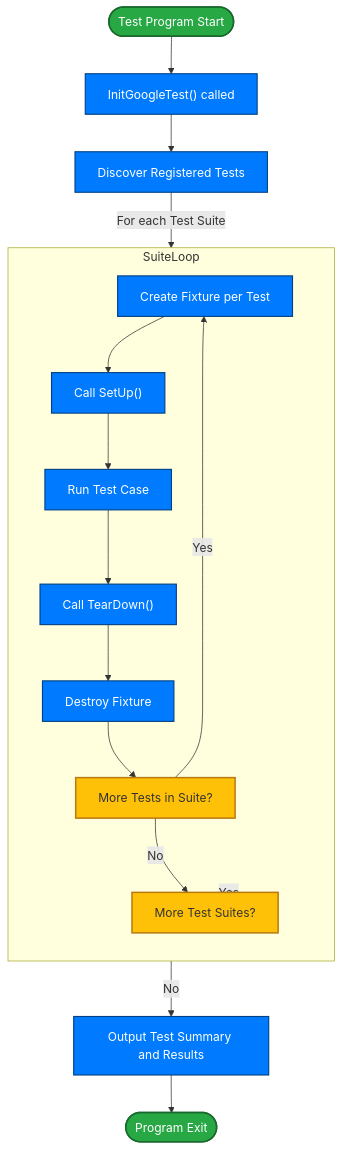
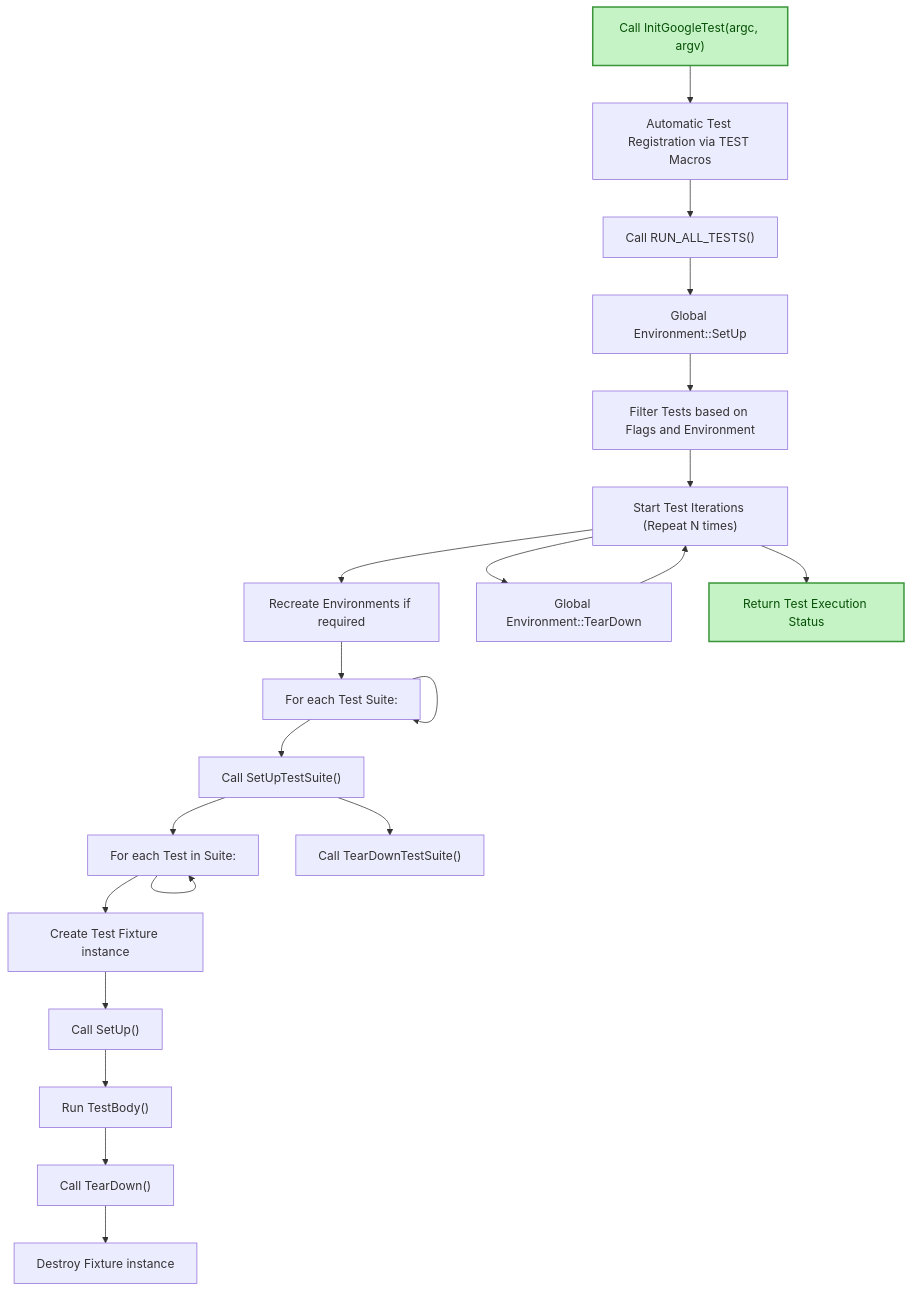
Before and after one commit to clidey/docucod-public-project-869ef7c3-7eff-4ad2-9765-2698303f14d7: the diagram in concepts/core-architecture/test-discovery-lifecycle.mdx, drawn with Mermaid. The commit also changed other lines of this file and 54 other files, not shown here.

````diff
--- a/concepts/core-architecture/test-discovery-lifecycle.mdx
+++ b/concepts/core-architecture/test-discovery-lifecycle.mdx
@@ -215,29 +100,35 @@
 ```mermaid
 flowchart TD
-  Start([Test Program Start]) --> Init["InitGoogleTest() called"]
-  Init --> Discover["Discover Registered Tests"]
-  Discover -->|For each Test Suite| SuiteLoop["Test Suite Loop"]
-  subgraph SuiteLoop
-    direction TB
-    SuiteSetup["Create Fixture per Test"]
-    SuiteSetup --> Setup["Call SetUp()"]
-    Setup --> RunTest["Run Test Case"]
-    RunTest --> TearDown["Call TearDown()"]
-    TearDown --> DestroyFixture["Destroy Fixture"]
-    DestroyFixture --> SuiteNext["More Tests in Suite?"]
-    SuiteNext -->|Yes| SuiteSetup
-    SuiteNext -->|No| NextSuite["More Test Suites?"]
-  end
-  NextSuite -->|Yes| SuiteLoop
-  NextSuite -->|No| OutputResults["Output Test Summary and Results"]
-  OutputResults --> End([Program Exit])
+  InitGoogleTest["Call InitGoogleTest(argc, argv)"]
+  RegisterTests["Automatic Test Registration via TEST Macros"]
+  RunAllTests["Call RUN_ALL_TESTS()"]
+  SetupEnvironments["Global Environment::SetUp"]
+  FilterTests["Filter Tests based on Flags and Environment"]
+  TestIterations["Start Test Iterations (Repeat N times)"]
+  RecreateEnvs["Recreate Environments if required"]
+  ForEachSuite["For each Test Suite:"]
+  SuiteSetup["Call SetUpTestSuite()"]
+  ForEachTest["For each Test in Suite:"]
+  FixtureCreate["Create Test Fixture instance"]
+  FixtureSetUp["Call SetUp()"]
+  RunTestBody["Run TestBody()"]
+  FixtureTearDown["Call TearDown()"]
+  FixtureDestroy["Destroy Fixture instance"]
+  SuiteTearDown["Call TearDownTestSuite()"]
+  TearDownEnvironments["Global Environment::TearDown"]
+  ReturnStatus["Return Test Execution Status"]
 
-  classDef startend fill:#28a745,color:#fff,stroke:#19692c,stroke-width:2px;
-  class Start,End startend;
+  InitGoogleTest --> RegisterTests --> RunAllTests
+  RunAllTests --> SetupEnvironments --> FilterTests --> TestIterations
+  TestIterations --> RecreateEnvs --> ForEachSuite
+  ForEachSuite --> SuiteSetup --> ForEachTest
+  ForEachTest --> FixtureCreate --> FixtureSetUp --> RunTestBody --> FixtureTearDown --> FixtureDestroy
+  ForEachTest --> ForEachTest
+  SuiteSetup --> SuiteTearDown
+  ForEachSuite --> ForEachSuite
+  TestIterations --> TearDownEnvironments --> TestIterations
+  TestIterations --> ReturnStatus
 
-  classDef process fill:#007bff,color:#fff,stroke:#004085,stroke-width:1.5px;
-  class Init,Discover,SuiteSetup,Setup,RunTest,TearDown,DestroyFixture,OutputResults process;
-
-  classDef decision fill:#ffc107,color:#333,stroke:#ba7811,stroke-width:2px;
-  class SuiteNext,NextSuite decision;
+  classDef startend fill:#c5f3c5,stroke:#3a953a,stroke-width:2px,color:#065006
+  class InitGoogleTest,ReturnStatus startend;
 ```
````
